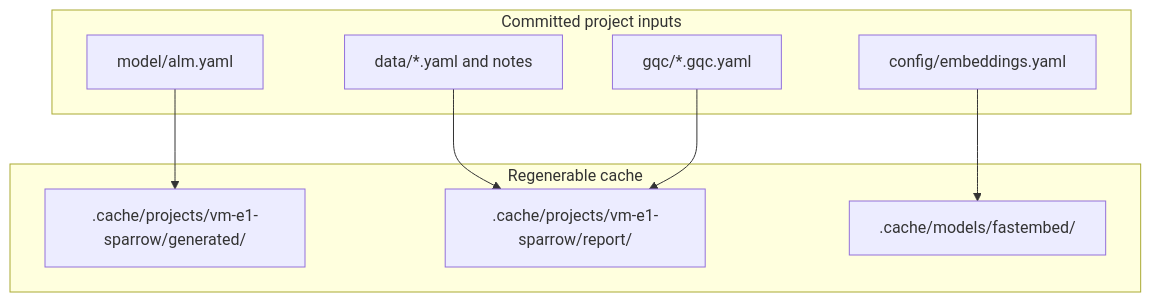
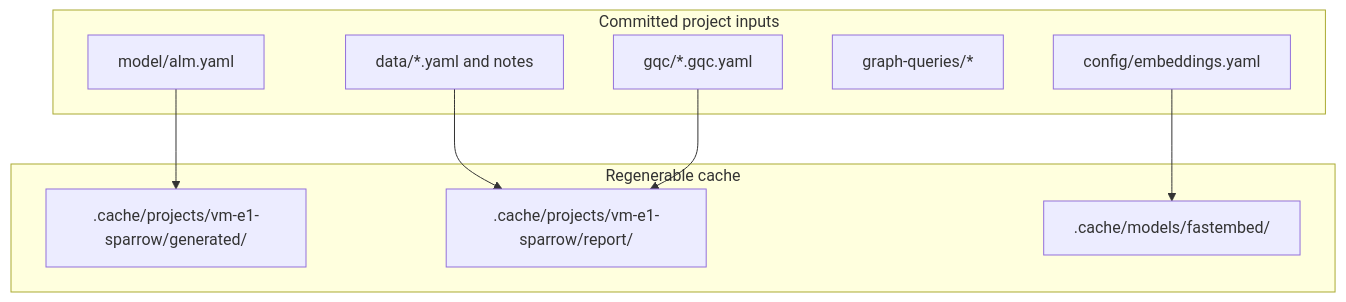
Before and after one commit to VectorMind/alm-ontology: the third of 3 diagrams in projects/vm-e1-sparrow/README.md, drawn with Mermaid. The commit also changed other lines of this file and 13 other files, not shown here.

Commit message:
added clear graph queries

````diff
--- a/projects/vm-e1-sparrow/README.md
+++ b/projects/vm-e1-sparrow/README.md
@@ -79,20 +79,21 @@
 ```mermaid
 flowchart TB
     subgraph Authored["Committed project inputs"]
         MODEL["model/alm.yaml"]
         DATA["data/*.yaml and notes"]
         GQC["gqc/*.gqc.yaml"]
+        GQ["graph-queries/*"]
         CFG["config/embeddings.yaml"]
     end
 
     subgraph Cache["Regenerable cache"]
         GENERATED[".cache/projects/vm-e1-sparrow/generated/"]
         REPORT[".cache/projects/vm-e1-sparrow/report/"]
         MODELS[".cache/models/fastembed/"]
     end
 
     MODEL --> GENERATED
     DATA --> REPORT
     GQC --> REPORT
     CFG --> MODELS
 ```
````
